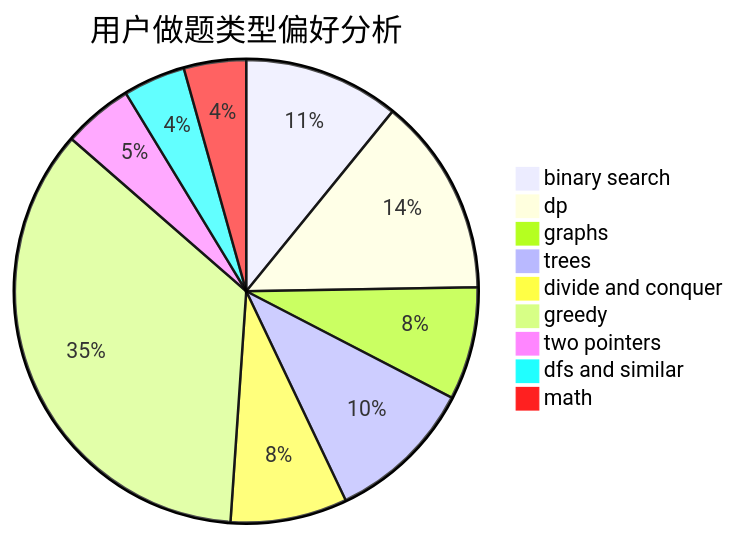
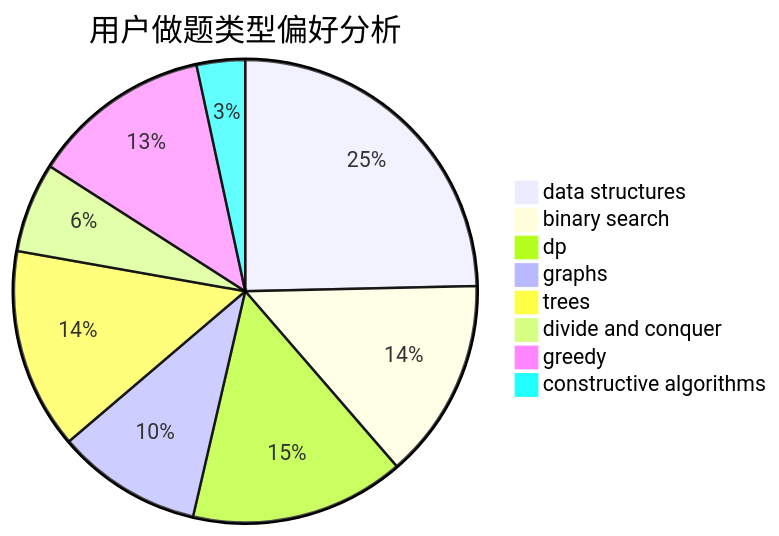
The second of 3 diagrams in docs/user/u1224.md (sherpahu/cfrs.github.io), drawn with Mermaid before and after one commit. The commit also changed other lines of this file and 2775 other files, not shown here.

````diff
--- a/docs/user/u1224.md
+++ b/docs/user/u1224.md
@@ -23,12 +23,11 @@
 ```mermaid
 pie title 用户做题类型偏好分析
-    "binary search" :  40
-    "dp" :  51
-    "graphs" :  29
-    "trees" :  38
-    "divide and conquer" :  30
-    "greedy" :  130
-    "two pointers" :  18
-    "dfs and similar" :  16
-    "math" :  16
+    "data structures" :  51
+    "binary search" :  29
+    "dp" :  31
+    "graphs" :  21
+    "trees" :  29
+    "divide and conquer" :  13
+    "greedy" :  26
+    "constructive algorithms" :  7
 ```
````
